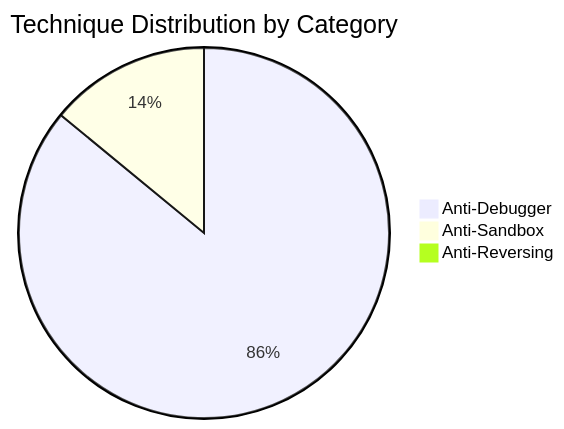
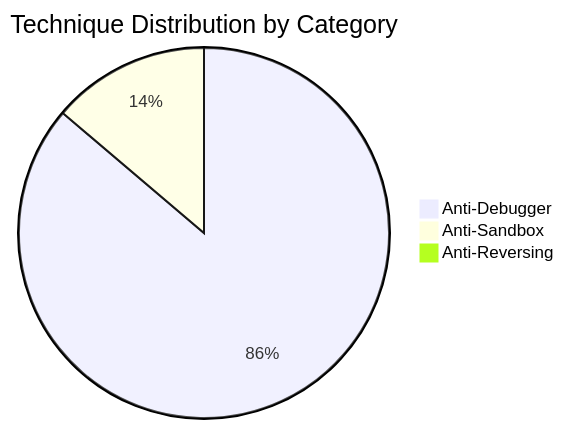
One commit to mabj/anti changed the second of 8 diagrams in docs/diagrams/taxonomy.md. Above: the diagram before and after it, drawn with Mermaid. The commit also changed other lines of this file and 7 other files, not shown here.

Commit message:
Adding new anti-debugger technique AD050.

````diff
--- a/docs/diagrams/taxonomy.md
+++ b/docs/diagrams/taxonomy.md
@@ -34,6 +34,6 @@
 ```mermaid
 pie title Technique Distribution by Category
-    "Anti-Debugger" : 49
+    "Anti-Debugger" : 50
     "Anti-Sandbox" : 8
     "Anti-Reversing" : 0
 ```
````
